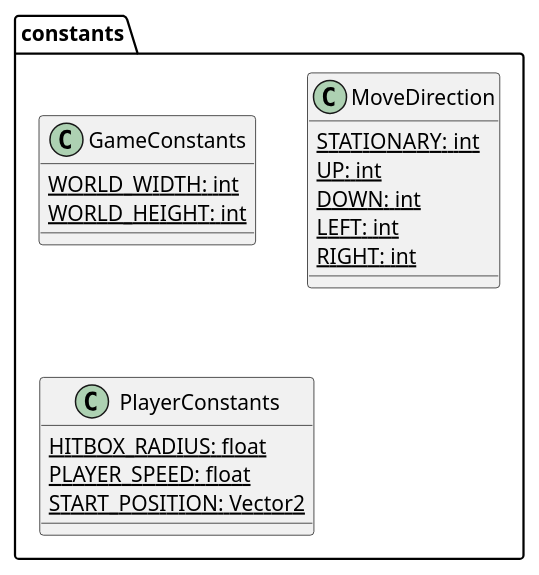
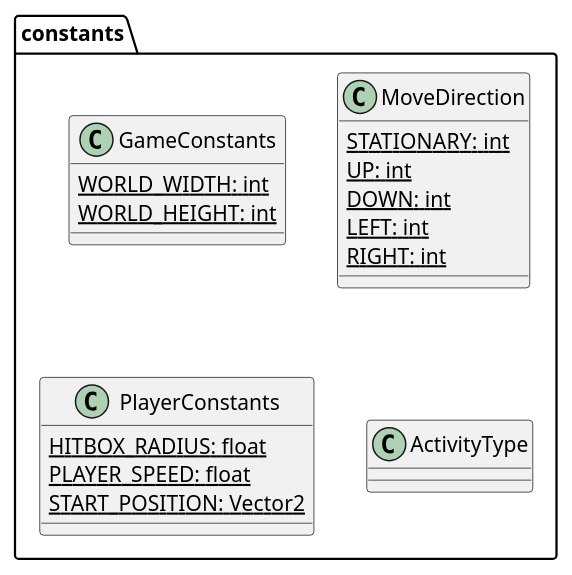
Before and after one commit to ENG1-Group-9-2024/Heslington-Hustle-2: the diagram in architecture/constants.puml, drawn with PlantUML. The commit also changed 9 other files, not shown here.

```diff
--- a/architecture/constants.puml
+++ b/architecture/constants.puml
@@ -1,23 +1,25 @@
 @startuml
 
 package constants {
     class GameConstants {
         {static} WORLD_WIDTH: int
         {static} WORLD_HEIGHT: int
     }
 
     class MoveDirection {
         {static} STATIONARY: int
         {static} UP: int
         {static} DOWN: int
         {static} LEFT: int
         {static} RIGHT: int
     }
 
     class PlayerConstants {
         {static} HITBOX_RADIUS: float
         {static} PLAYER_SPEED: float
         {static} START_POSITION: Vector2
     }
+
+    class ActivityType{}
 }
 @enduml
```
